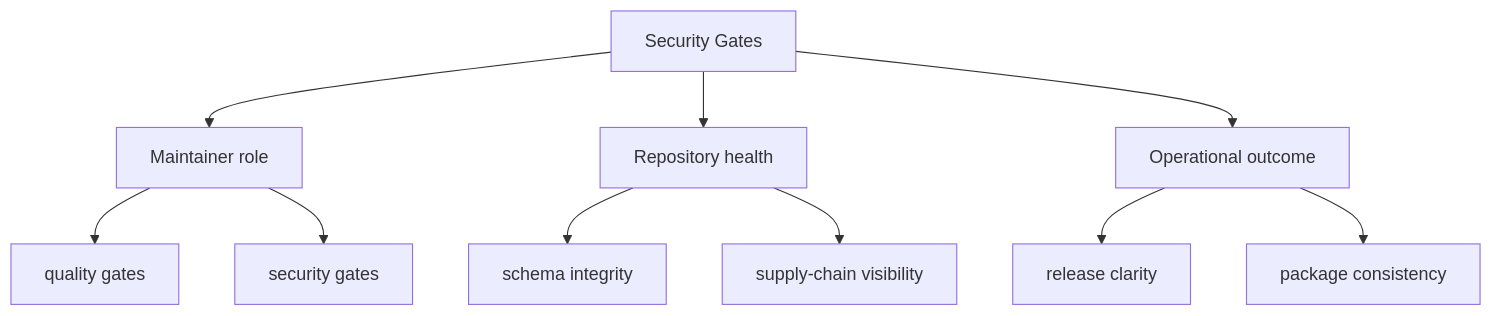
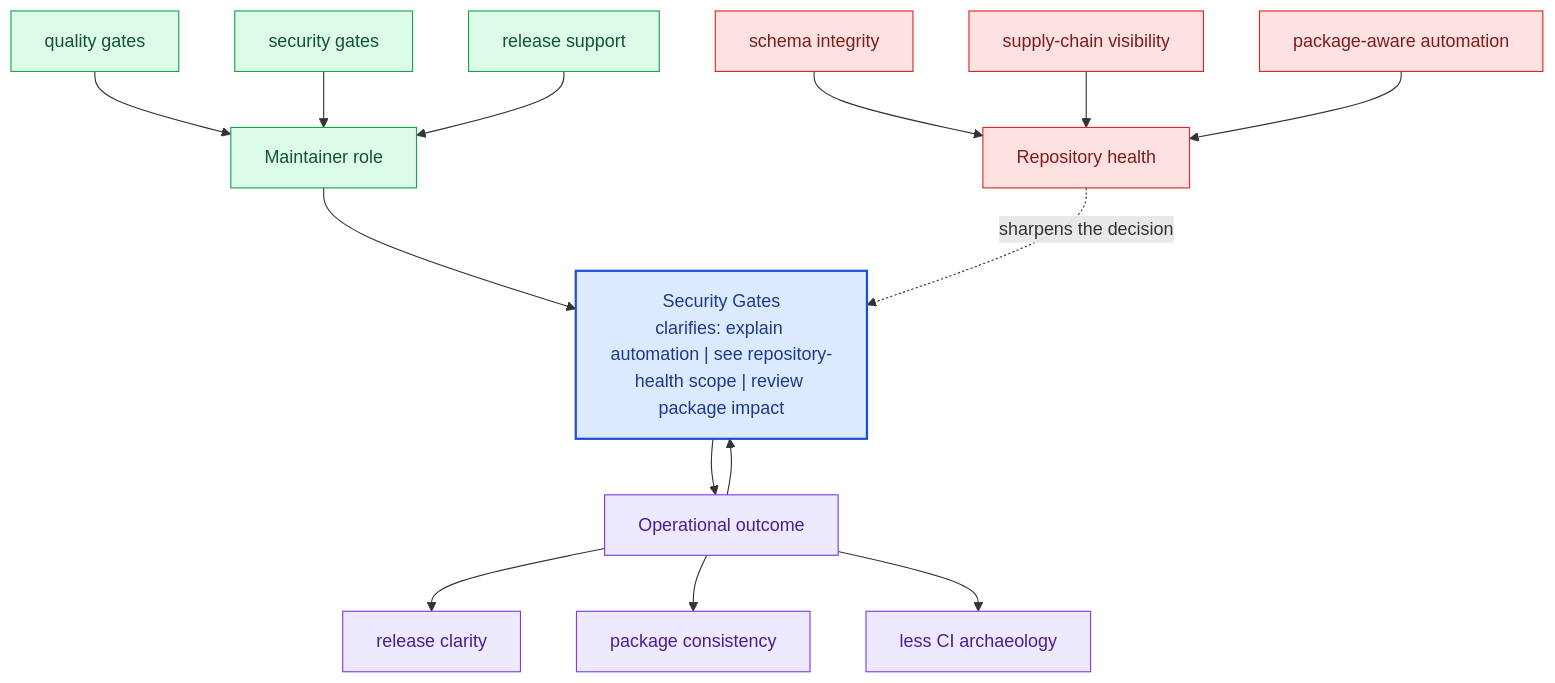
Before and after one commit to bijux/bijux-canon: the second of 2 diagrams in docs/bijux-canon-dev/security-gates.md, drawn with Mermaid. The commit also changed other lines of this file and 281 other files, not shown here.

Commit message:
docs(diagrams): deepen handbook mermaid maps across the catalog

````diff
--- a/docs/bijux-canon-dev/security-gates.md
+++ b/docs/bijux-canon-dev/security-gates.md
@@ -35,22 +68,40 @@
 ```mermaid
-flowchart TD
-    page["Security Gates"]
+flowchart TB
+    promise["Security Gates<br/>clarifies: explain automation | see repository-health scope | review package impact"]
+    classDef promise fill:#dbeafe,stroke:#1d4ed8,color:#1e3a8a,stroke-width:2px;
+    classDef driver fill:#dcfce7,stroke:#16a34a,color:#14532d;
+    classDef constraint fill:#fee2e2,stroke:#dc2626,color:#7f1d1d;
+    classDef ground fill:#ede9fe,stroke:#7c3aed,color:#4c1d95;
     focus1["Maintainer role"]
-    page --> focus1
+    focus1 --> promise
     focus1_1["quality gates"]
-    focus1 --> focus1_1
+    focus1_1 --> focus1
     focus1_2["security gates"]
-    focus1 --> focus1_2
+    focus1_2 --> focus1
+    focus1_3["release support"]
+    focus1_3 --> focus1
+    class focus1 driver;
+    class focus1_1,focus1_2,focus1_3 driver;
     focus2["Repository health"]
-    page --> focus2
+    focus2 -.sharpens the decision.-> promise
     focus2_1["schema integrity"]
-    focus2 --> focus2_1
+    focus2_1 --> focus2
     focus2_2["supply-chain visibility"]
-    focus2 --> focus2_2
+    focus2_2 --> focus2
+    focus2_3["package-aware automation"]
+    focus2_3 --> focus2
+    class focus2 constraint;
+    class focus2_1,focus2_2,focus2_3 constraint;
     focus3["Operational outcome"]
-    page --> focus3
+    focus3 --> promise
+    promise --> focus3
     focus3_1["release clarity"]
     focus3 --> focus3_1
     focus3_2["package consistency"]
     focus3 --> focus3_2
+    focus3_3["less CI archaeology"]
+    focus3 --> focus3_3
+    class focus3 ground;
+    class focus3_1,focus3_2,focus3_3 ground;
+    class promise promise;
 ```
````
